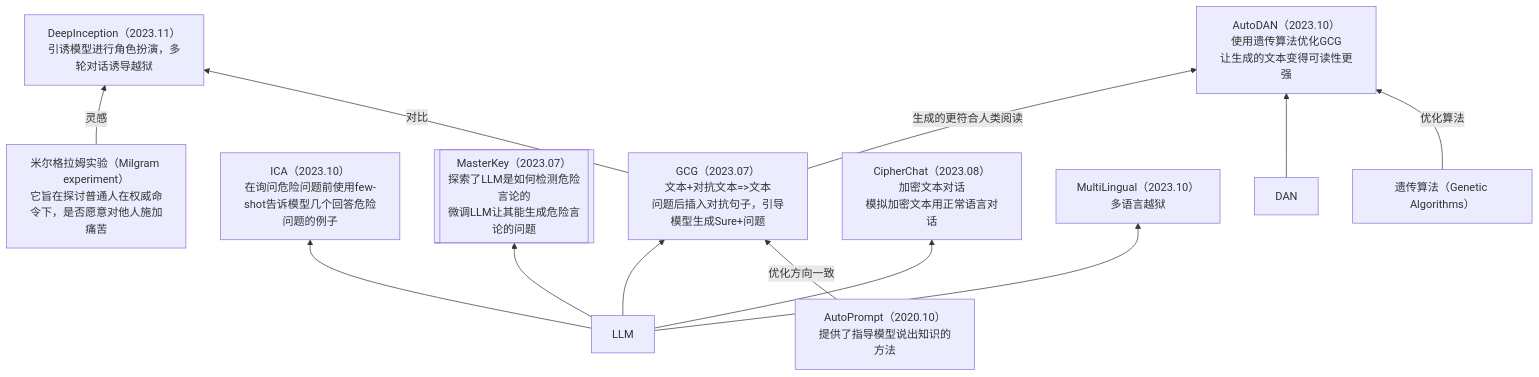
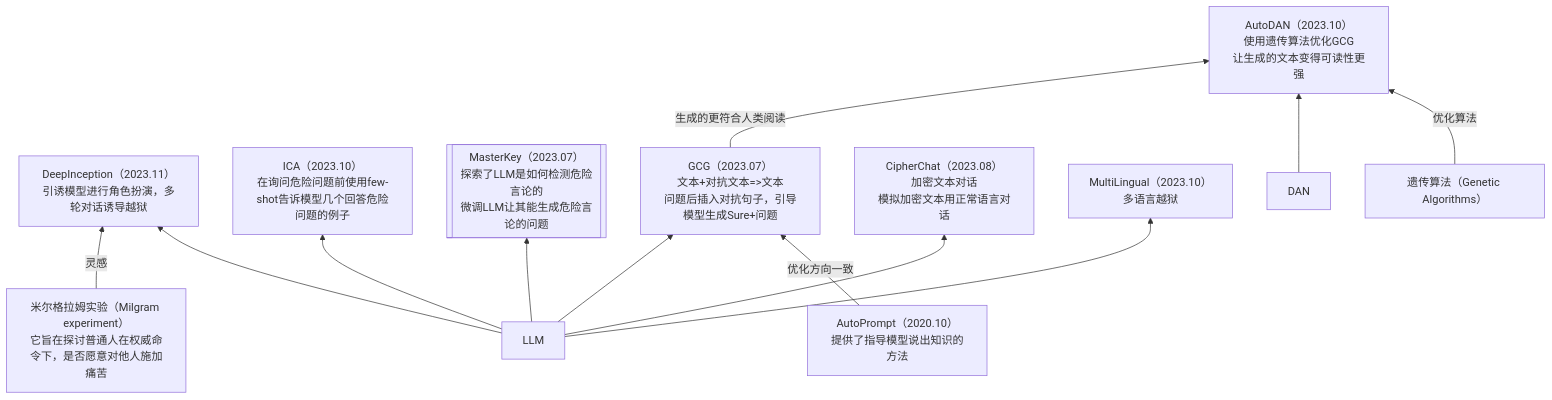
One commit to Elephant-King9/Paper changed the fourth of 5 diagrams in Attack/Jailbreak/LLM/analyse.md. Above: the diagram before and after it, drawn with Mermaid. The commit also changed other lines of this file and 7 other files, not shown here.

````diff
--- a/Attack/Jailbreak/LLM/analyse.md
+++ b/Attack/Jailbreak/LLM/analyse.md
@@ -60,27 +61,27 @@
 ```mermaid
 flowchart BT
 	Milgram_experiment-->|灵感|DeepInception
 	LLM-->ICA
 	LLM-->MasterKey
 	LLM-->GCG
 	LLM-->CipherChat
 	LLM-->MultiLingual
-	GCG-->|对比|DeepInception
+	LLM-->DeepInception
 	AutoPrompt-->|优化方向一致|GCG
 	GCG-->|生成的更符合人类阅读|AutoDAN
 	DAN-->AutoDAN
 	Genetic_Algorithms-->|优化算法|AutoDAN
 	
 	MasterKey[[MasterKey（2023.07）<br>探索了LLM是如何检测危险言论的<br>微调LLM让其能生成危险言论的问题]]
 	DeepInception[DeepInception（2023.11）<br>引诱模型进行角色扮演，多轮对话诱导越狱]
 	Milgram_experiment[米尔格拉姆实验（Milgram experiment）<br>它旨在探讨普通人在权威命令下，是否愿意对他人施加痛苦]
 	AutoPrompt[AutoPrompt（2020.10）<br>提供了指导模型说出知识的方法]
 	GCG[GCG（2023.07）<br>文本+对抗文本=>文本<br>问题后插入对抗句子，引导模型生成Sure+问题]
 	CipherChat[CipherChat（2023.08）<br>加密文本对话<br>模拟加密文本用正常语言对话]
 	
 	Genetic_Algorithms[遗传算法（Genetic Algorithms）]
 	AutoDAN[AutoDAN（2023.10）<br>使用遗传算法优化GCG<br>让生成的文本变得可读性更强]
 	DAN[DAN]
 	ICA[ICA（2023.10）<br>在询问危险问题前使用few-shot告诉模型几个回答危险问题的例子]
 	MultiLingual[MultiLingual（2023.10）<br>多语言越狱]
 ```
````
